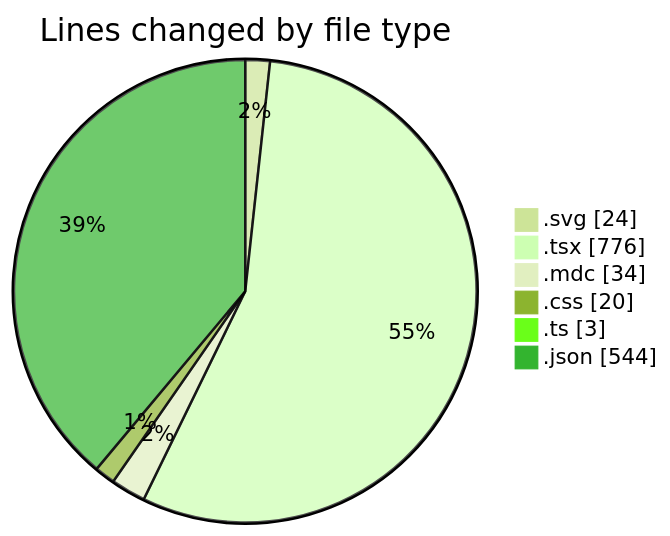
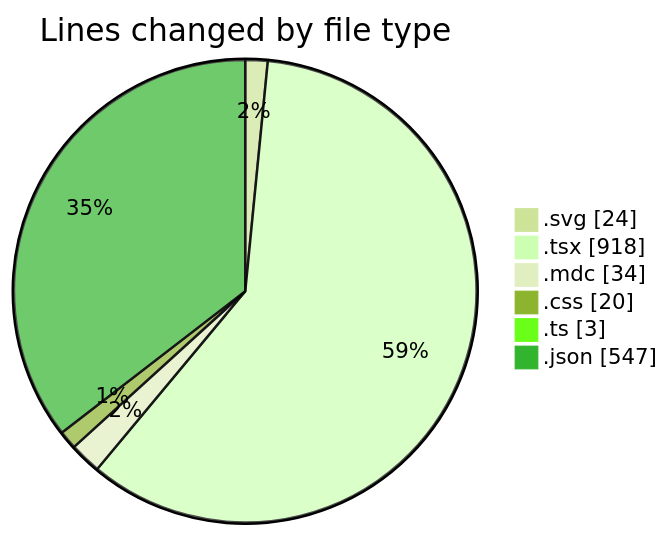
The first of 2 diagrams in 2025-07-18/ribbon/README.md (EIIisD/code-tracking), drawn with Mermaid (forest theme) before and after one commit. The commit also changed other lines of this file and 1 other file, not shown here.

````diff
--- a/2025-07-18/ribbon/README.md
+++ b/2025-07-18/ribbon/README.md
@@ -27,10 +27,10 @@
 ```mermaid
 pie showData
 title Lines changed by file type
 ".svg" : 24
-".tsx" : 776
+".tsx" : 918
 ".mdc" : 34
 ".css" : 20
 ".ts" : 3
-".json" : 544
+".json" : 547
 ```
````
